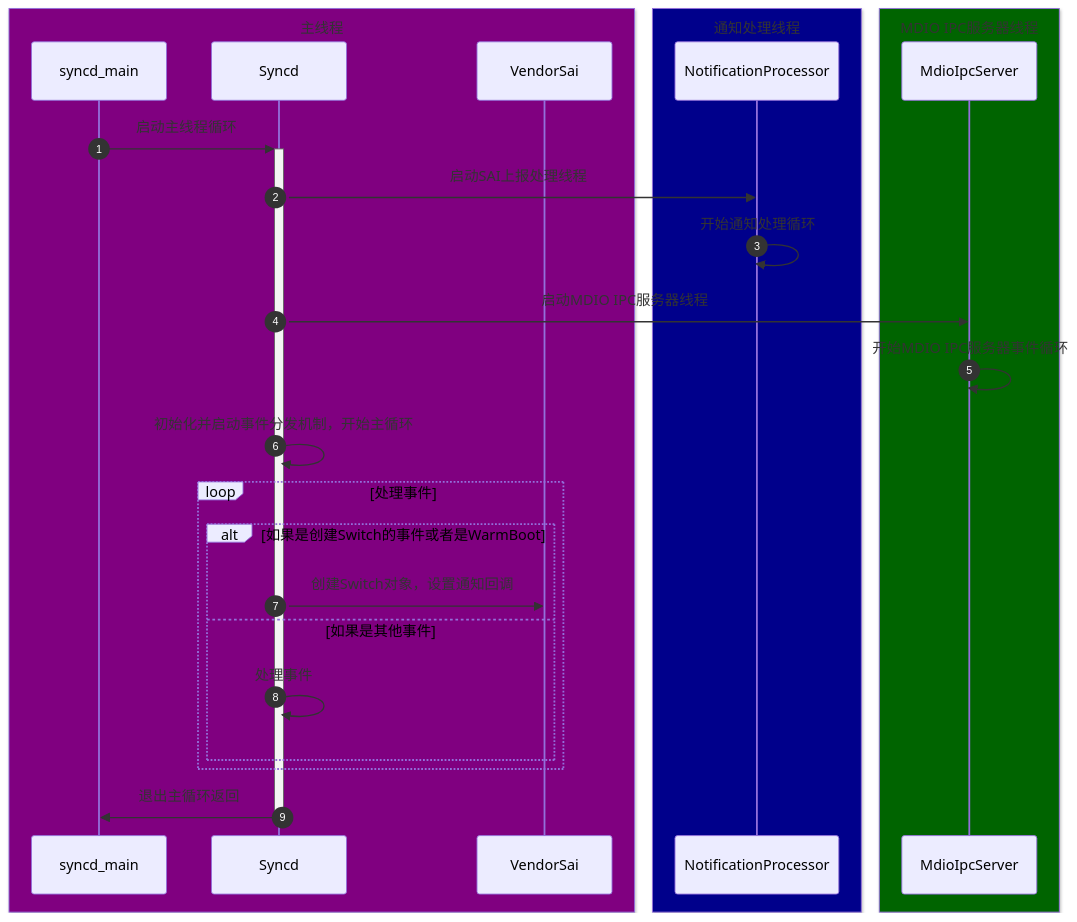
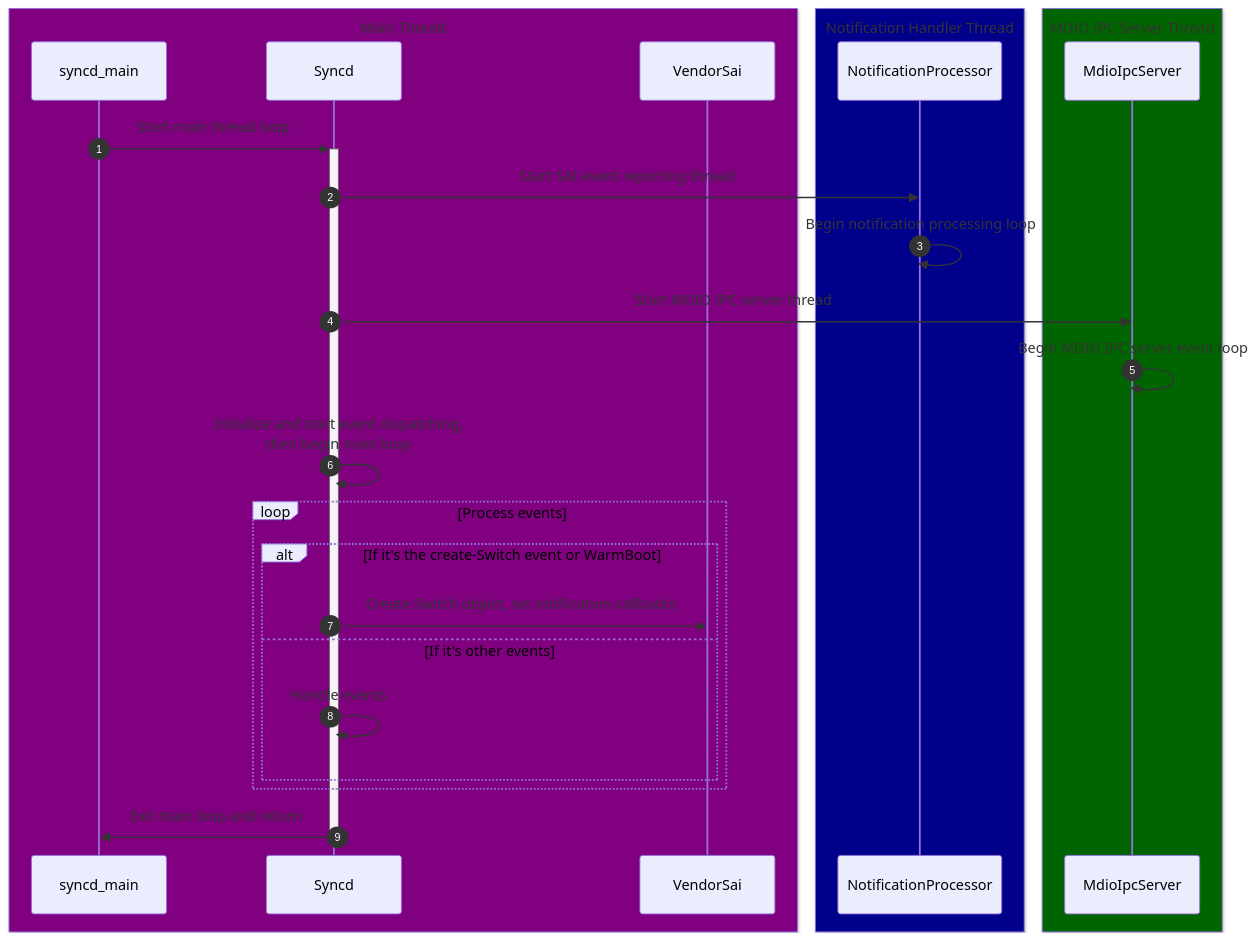
The second of 4 diagrams in src/5-1-syncd-and-sai.md (r12f/sonic-book), drawn with Mermaid before and after one commit. The commit also changed other lines of this file and 53 other files, not shown here.

````diff
--- a/src/5-1-syncd-and-sai.md
+++ b/src/5-1-syncd-and-sai.md
@@ -31,32 +31,32 @@
 ```mermaid
 sequenceDiagram
     autonumber
-    box purple 主线程
+    box purple Main Thread
     participant SDM as syncd_main
     participant SD as Syncd
     participant SAI as VendorSai
     end
-    box darkblue 通知处理线程
+    box darkblue Notification Handler Thread
     participant NP as NotificationProcessor
     end
-    box darkgreen MDIO IPC服务器线程
+    box darkgreen MDIO IPC Server Thread
     participant MIS as MdioIpcServer
     end
 
-    SDM->>+SD: 启动主线程循环
-    SD->>NP: 启动SAI上报处理线程
-    NP->>NP: 开始通知处理循环
-    SD->>MIS: 启动MDIO IPC服务器线程
-    MIS->>MIS: 开始MDIO IPC服务器事件循环
-    SD->>SD: 初始化并启动事件分发机制，开始主循环
+    SDM->>+SD: Start main thread loop
+    SD->>NP: Start SAI event reporting thread
+    NP->>NP: Begin notification processing loop
+    SD->>MIS: Start MDIO IPC server thread
+    MIS->>MIS: Begin MDIO IPC server event loop
+    SD->>SD: Initialize and start event dispatching,<br/>then begin main loop
 
-    loop 处理事件
-        alt 如果是创建Switch的事件或者是WarmBoot
-            SD->>SAI: 创建Switch对象，设置通知回调
-        else 如果是其他事件
-            SD->>SD: 处理事件
+    loop Process events
+        alt If it's the create-Switch event or WarmBoot
+            SD->>SAI: Create Switch object, set notification callbacks
+        else If it's other events
+            SD->>SD: Handle events
         end
     end
 
-    SD->>-SDM: 退出主循环返回
+    SD->>-SDM: Exit main loop and return
 ```
````
